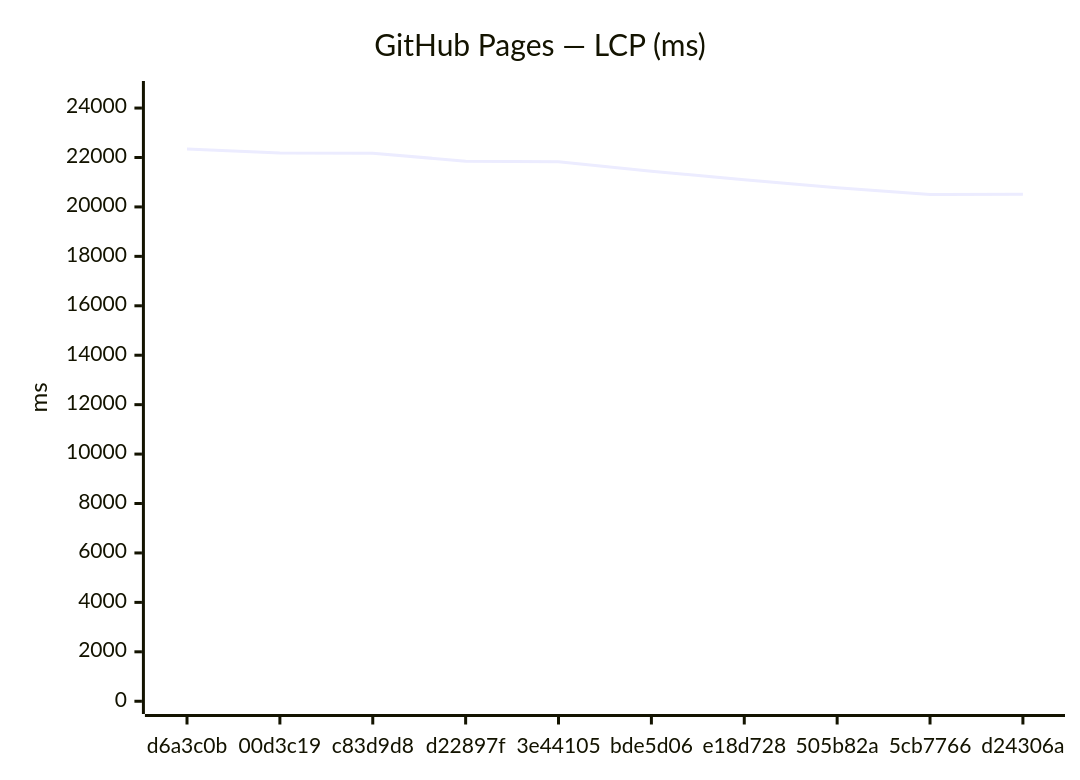
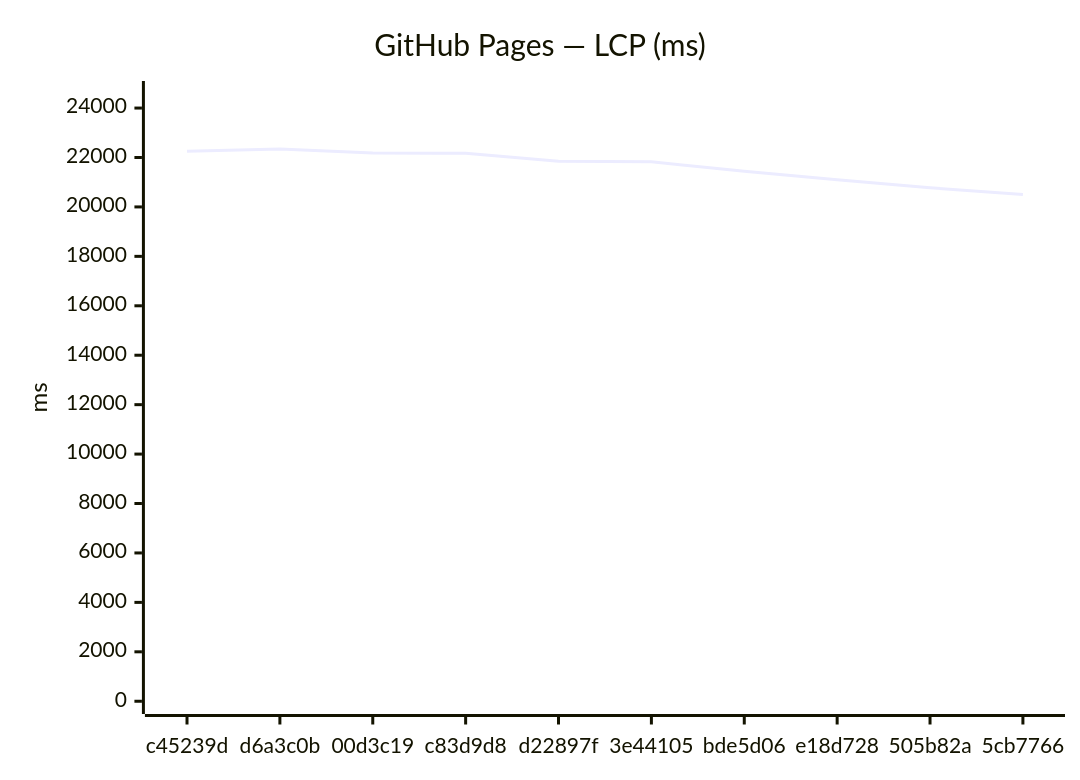
One commit to Metaheurist/Rianell changed the third of 18 diagrams in benchmarks/compare.md. Above: the diagram before and after it, drawn with Mermaid. The commit also changed other lines of this file and 11 other files, not shown here.

````diff
--- a/benchmarks/compare.md
+++ b/benchmarks/compare.md
@@ -54,7 +54,7 @@
 ```mermaid
 xychart-beta
     title "GitHub Pages — LCP (ms)"
-    x-axis ["d6a3c0b", "00d3c19", "c83d9d8", "d22897f", "3e44105", "bde5d06", "e18d728", "505b82a", "5cb7766", "d24306a"]
+    x-axis ["c45239d", "d6a3c0b", "00d3c19", "c83d9d8", "d22897f", "3e44105", "bde5d06", "e18d728", "505b82a", "5cb7766"]
     y-axis "ms" 0 --> 24579
-    line [22344, 22178, 22170, 21853, 21828, 21442, 21100, 20773, 20501, 20513]
+    line [22250, 22344, 22178, 22170, 21853, 21828, 21442, 21100, 20773, 20501]
 ```
````
